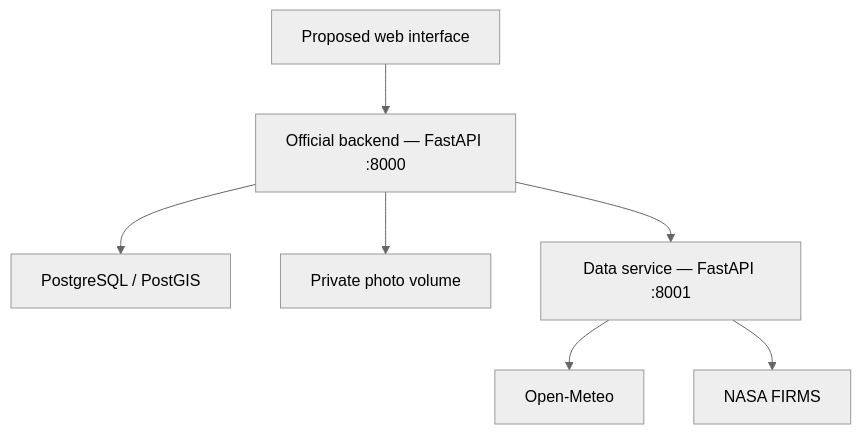
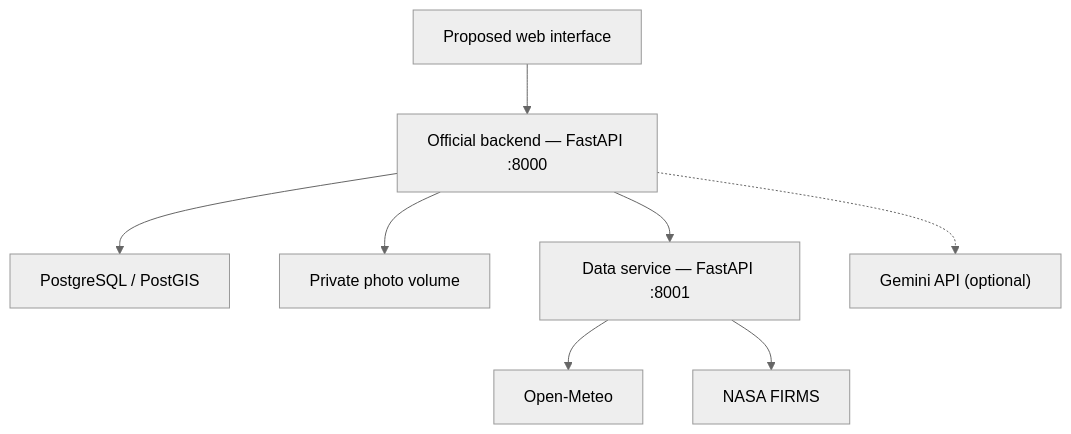
The first of 2 diagrams in README.md (armandor123/terra-firma), drawn with Mermaid (neutral theme) before and after one commit. The commit also changed other lines of this file and 10 other files, not shown here.

````diff
--- a/README.md
+++ b/README.md
@@ -106,9 +106,10 @@
 ```mermaid
 flowchart TD
     M["Proposed web interface"] --> B["Official backend — FastAPI :8000"]
     B --> P["PostgreSQL / PostGIS"]
     B --> F["Private photo volume"]
     B --> D["Data service — FastAPI :8001"]
+    B -.-> V["Gemini API (optional)"]
     D --> W["Open-Meteo"]
     D --> N["NASA FIRMS"]
 ```
````
